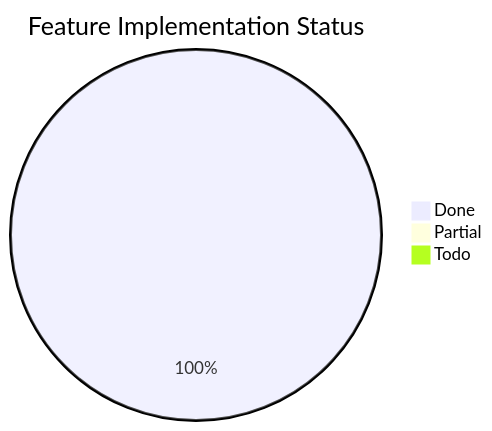
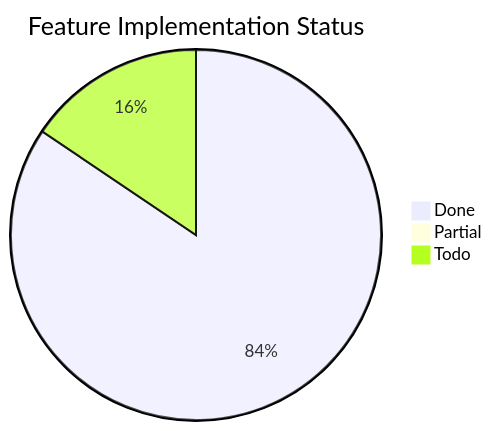
One commit to Papyrine/Morph changed the third of 3 diagrams in docs/word-features.md. Above: the diagram before and after it, drawn with Mermaid. The commit also changed other lines of this file, not shown here.

````diff
--- a/docs/word-features.md
+++ b/docs/word-features.md
@@ -1948,6 +2206,6 @@
 ```mermaid
 pie title Feature Implementation Status
     "Done" : 141
     "Partial" : 0
-    "Todo" : 0
+    "Todo" : 26
 ```
````
